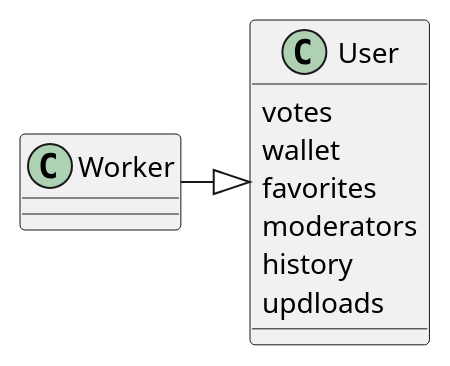
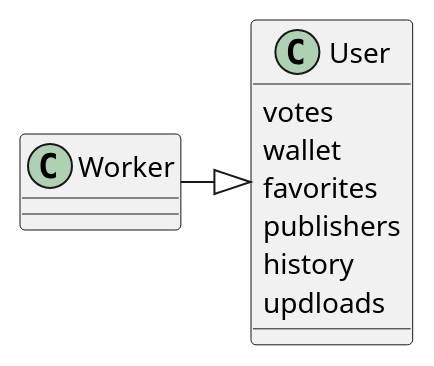
Before and after one commit to wetube/bitcloud: the fourth of 9 diagrams in bitcloud.org, drawn with PlantUML. The commit also changed other lines of this file and 7 other files, not shown here.

```diff
--- a/bitcloud.org
+++ b/bitcloud.org
@@ -380,11 +380,11 @@
 #+BEGIN_SRC plantuml :file "img/user-class.png"
 class User {
      votes
       wallet
       favorites
-      moderators
+      publishers
       history
       updloads
 }
 Worker -right-|> User
 #+END_SRC
```
